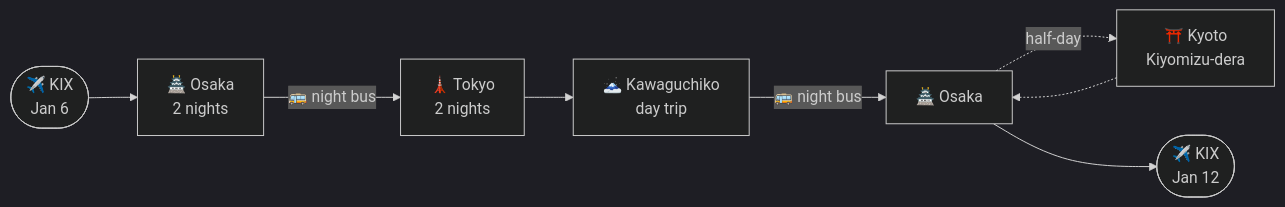
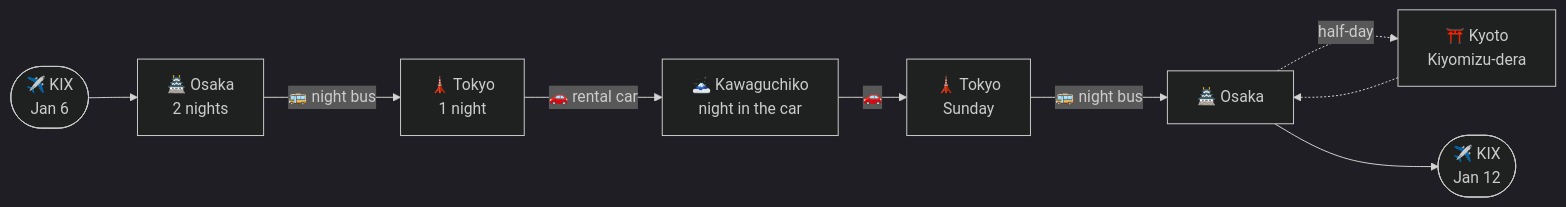
One commit to Irfnaimann02/japan-winter-trip-2027 changed the diagram in README.md. Above: the diagram before and after it, drawn with Mermaid (dark theme). The commit also changed other lines of this file and 3 other files, not shown here.

Commit message:
Replace cloud restaurants and switch Fuji leg to a rental car

````diff
--- a/README.md
+++ b/README.md
@@ -32,10 +32,11 @@
 ```mermaid
 flowchart LR
     KIX([✈️ KIX<br/>Jan 6]) --> OSA[🏯 Osaka<br/>2 nights]
-    OSA -- 🚌 night bus --> TYO[🗼 Tokyo<br/>2 nights]
-    TYO --> FUJI[🗻 Kawaguchiko<br/>day trip]
-    FUJI -- 🚌 night bus --> OSA2[🏯 Osaka]
+    OSA -- 🚌 night bus --> TYO[🗼 Tokyo<br/>1 night]
+    TYO -- 🚗 rental car --> FUJI[🗻 Kawaguchiko<br/>night in the car]
+    FUJI -- 🚗 --> TYO2[🗼 Tokyo<br/>Sunday]
+    TYO2 -- 🚌 night bus --> OSA2[🏯 Osaka]
     OSA2 -. half-day .-> KYO[⛩️ Kyoto<br/>Kiyomizu-dera]
     KYO -.-> OSA2
     OSA2 --> OUT([✈️ KIX<br/>Jan 12])
 ```
````
